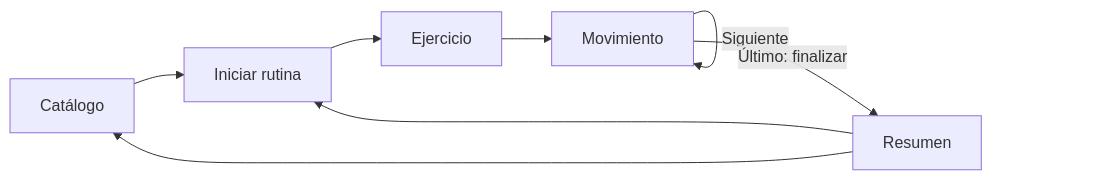
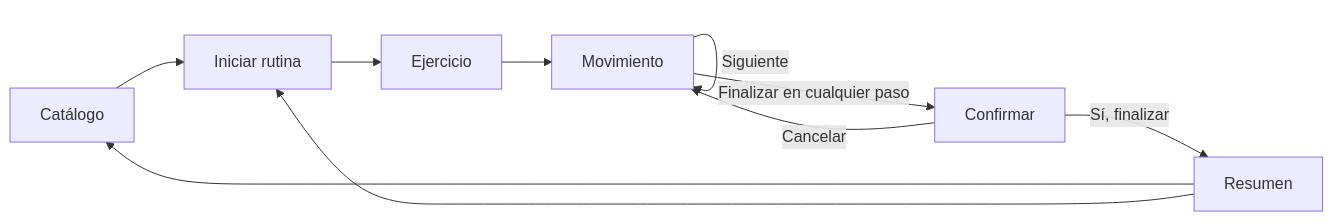
Before and after one commit to marianafloreslopez99/Taichi: the first of 2 diagrams in docs/USER_FLOWS.md, drawn with Mermaid. The commit also changed other lines of this file and 211 other files, not shown here.

````diff
--- a/docs/USER_FLOWS.md
+++ b/docs/USER_FLOWS.md
@@ -3,10 +3,12 @@
 ```mermaid
 flowchart LR
   A[Catálogo] --> B[Iniciar rutina]
   B --> E[Ejercicio]
   E --> C[Movimiento]
   C -->|Siguiente| C
-  C -->|Último: finalizar| D[Resumen]
+  C -->|Finalizar en cualquier paso| F[Confirmar]
+  F -->|Sí, finalizar| D[Resumen]
+  F -->|Cancelar| C
   D --> A
   D --> B
 ```
````
